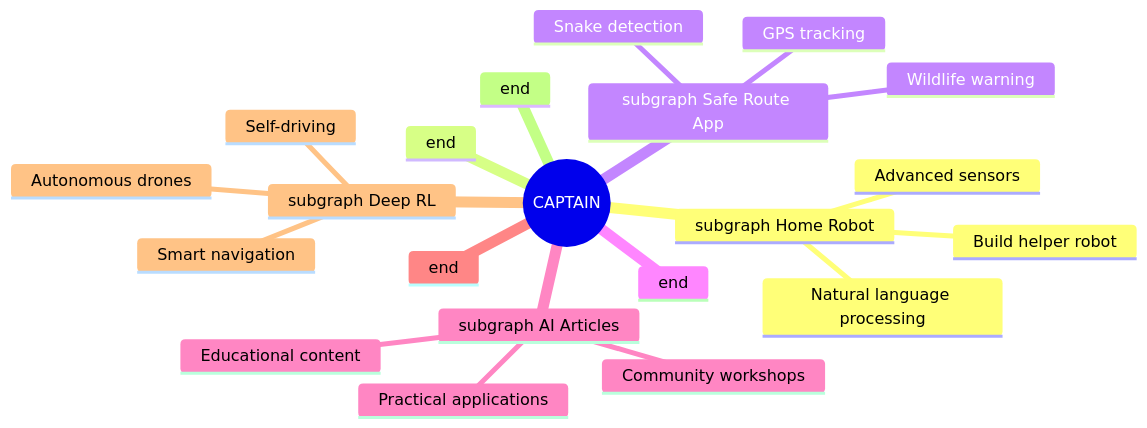
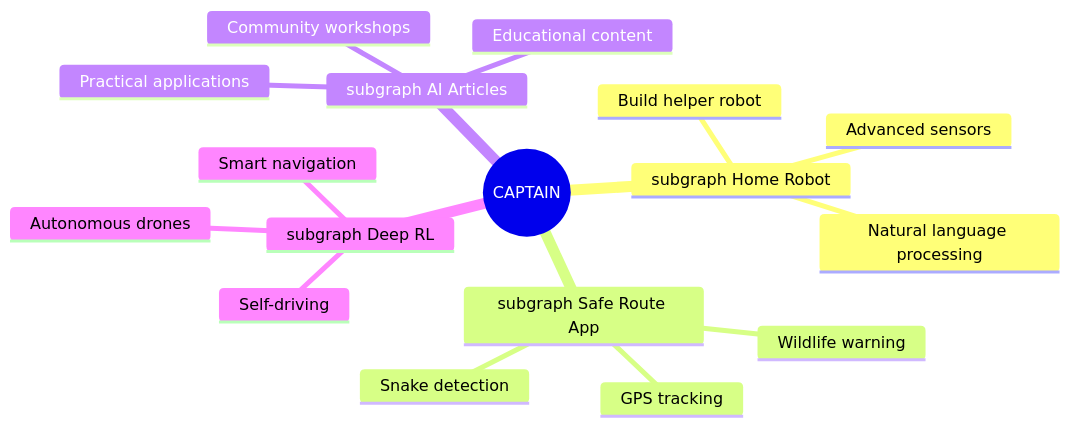
One commit to Kyaputan/Kyaputan changed the diagram in README.md. Above: the diagram before and after it, drawn with Mermaid.

````diff
--- a/README.md
+++ b/README.md
@@ -123,24 +123,21 @@
 ```mermaid
 mindmap
   root((CAPTAIN))
     subgraph Home Robot
       Build helper robot
       Advanced sensors
       Natural language processing
-    end
     subgraph Safe Route App
       Snake detection
       Wildlife warning
       GPS tracking
-    end
     subgraph AI Articles
       Practical applications
       Educational content
       Community workshops
-    end
     subgraph Deep RL
       Self-driving
       Autonomous drones
       Smart navigation
-    end
+    
 ```
````
